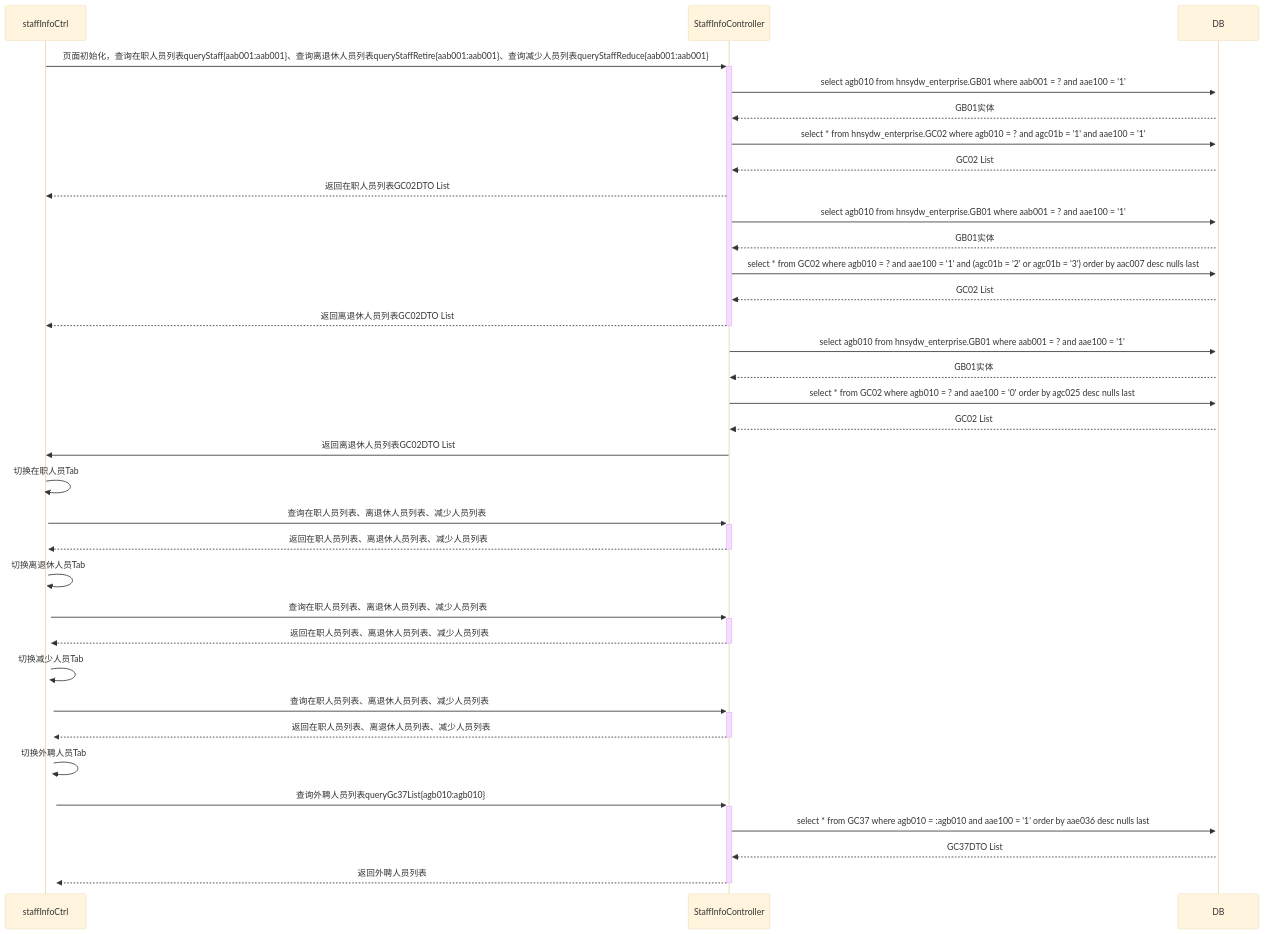
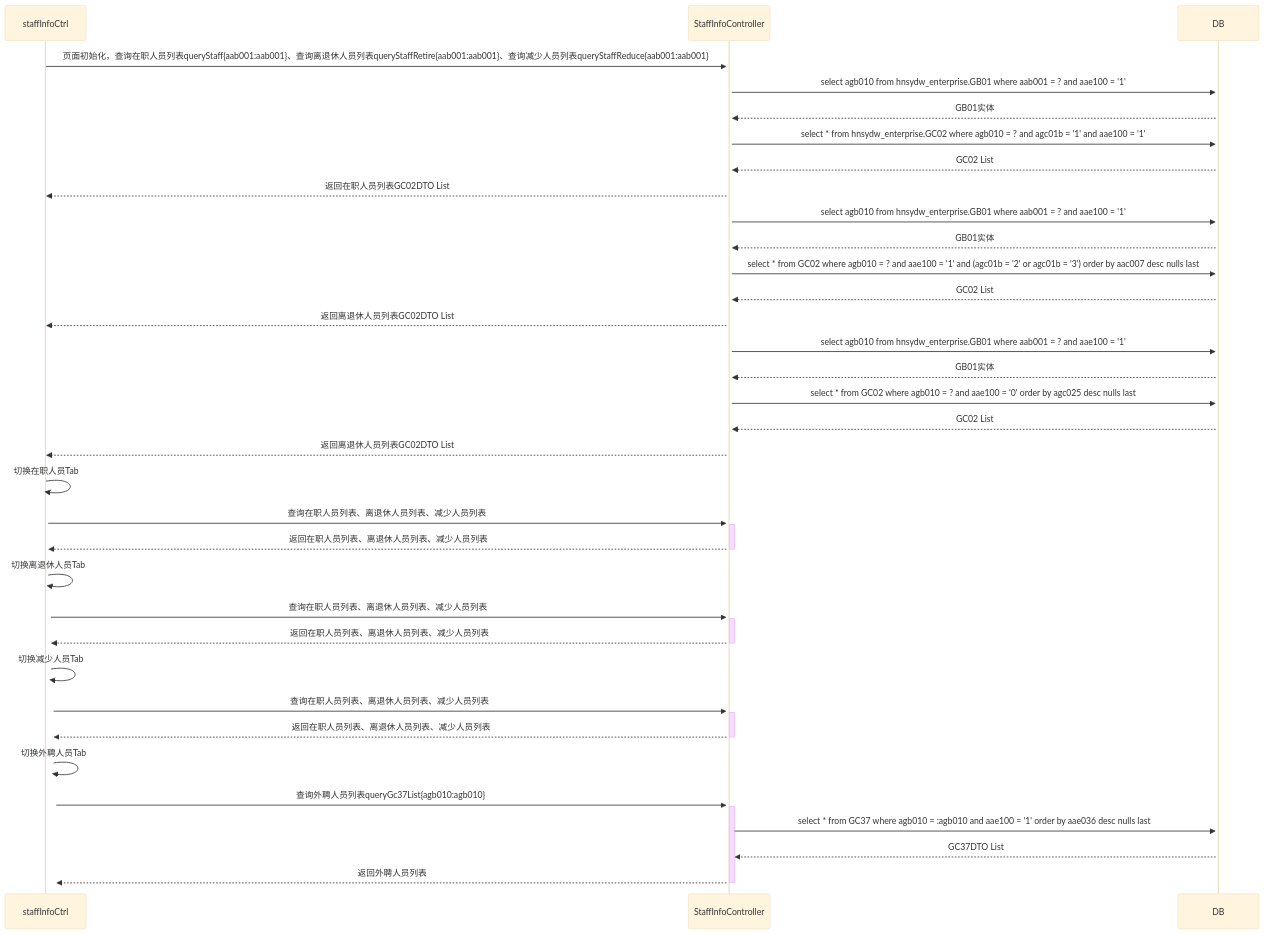
Before and after one commit to ZhangJianBeiJing/iodraw-files: the diagram in all/未命名.md, drawn with Mermaid (base theme).

Commit message:
2025-03-25 11:00:11 update

````diff
--- a/all/未命名.md
+++ b/all/未命名.md
@@ -1,38 +1,38 @@
 ```mermaid
 sequenceDiagram
     staffInfoCtrl->>+StaffInfoController:页面初始化，查询在职人员列表queryStaff{aab001:aab001}、查询离退休人员列表queryStaffRetire{aab001:aab001}、查询减少人员列表queryStaffReduce{aab001:aab001}
     
     StaffInfoController->>+DB:select agb010 from hnsydw_enterprise.GB01 where aab001 = ? and aae100 = '1'
     DB-->>StaffInfoController:GB01实体
     StaffInfoController->>+DB:select * from hnsydw_enterprise.GC02 where agb010 = ? and agc01b = '1' and aae100 = '1'
     DB-->>StaffInfoController:GC02 List
     StaffInfoController-->>staffInfoCtrl:返回在职人员列表GC02DTO List
     
     StaffInfoController->>+DB:select agb010 from hnsydw_enterprise.GB01 where aab001 = ? and aae100 = '1'
     DB-->>StaffInfoController:GB01实体
     StaffInfoController->>+DB:select * from GC02 where agb010 = ? and aae100 = '1' and (agc01b = '2' or agc01b = '3') order by aac007 desc nulls last 
     DB-->>StaffInfoController:GC02 List
-    StaffInfoController-->>-staffInfoCtrl:返回离退休人员列表GC02DTO List
+    StaffInfoController-->>staffInfoCtrl:返回离退休人员列表GC02DTO List
 
     StaffInfoController->>+DB:select agb010 from hnsydw_enterprise.GB01 where aab001 = ? and aae100 = '1'
     DB-->>StaffInfoController:GB01实体
     StaffInfoController->>+DB:select * from GC02 where agb010 = ? and aae100 = '0' order by agc025 desc nulls last 
     DB-->>StaffInfoController:GC02 List
-    StaffInfoController->>staffInfoCtrl:返回离退休人员列表GC02DTO List
+    StaffInfoController-->>staffInfoCtrl:返回离退休人员列表GC02DTO List
 
     staffInfoCtrl->>+staffInfoCtrl:切换在职人员Tab
     staffInfoCtrl->>+StaffInfoController:查询在职人员列表、离退休人员列表、减少人员列表
     StaffInfoController-->>-staffInfoCtrl:返回在职人员列表、离退休人员列表、减少人员列表
     staffInfoCtrl->>+staffInfoCtrl:切换离退休人员Tab
     staffInfoCtrl->>+StaffInfoController:查询在职人员列表、离退休人员列表、减少人员列表
     StaffInfoController-->>-staffInfoCtrl:返回在职人员列表、离退休人员列表、减少人员列表
     staffInfoCtrl->>+staffInfoCtrl:切换减少人员Tab
     staffInfoCtrl->>+StaffInfoController:查询在职人员列表、离退休人员列表、减少人员列表
     StaffInfoController-->>-staffInfoCtrl:返回在职人员列表、离退休人员列表、减少人员列表
     staffInfoCtrl->>+staffInfoCtrl:切换外聘人员Tab
     staffInfoCtrl->>+StaffInfoController:查询外聘人员列表queryGc37List{agb010:agb010}
     StaffInfoController->>+DB:select * from GC37 where agb010 = :agb010 and aae100 = '1' order by aae036 desc nulls last
     DB-->>StaffInfoController:GC37DTO List 
     StaffInfoController-->>-staffInfoCtrl:返回外聘人员列表
             
 ```
````
